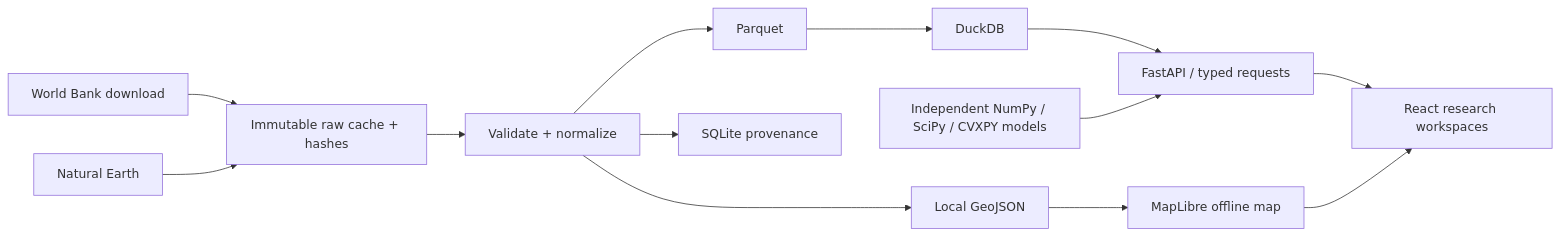
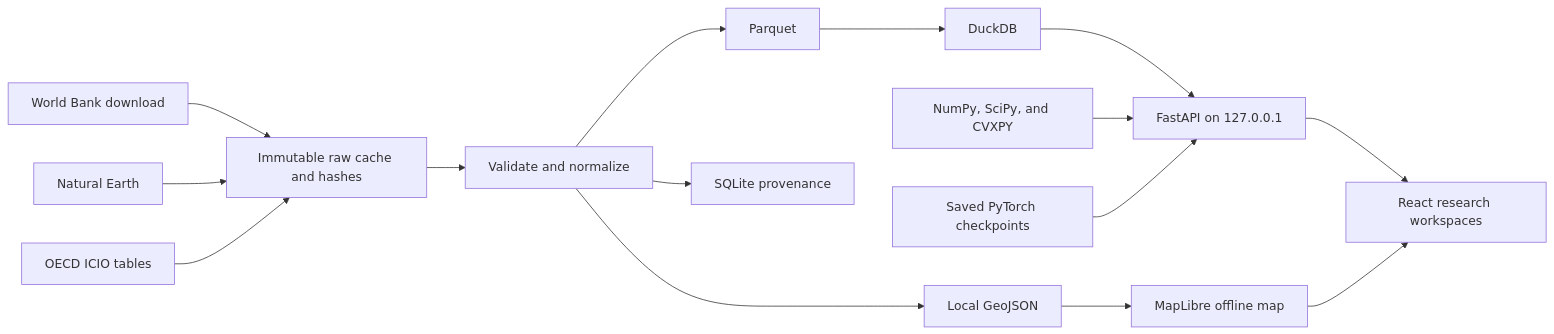
Before and after one commit to shmorsi/atlas: the diagram in README.md, drawn with Mermaid. The commit also changed other lines of this file and 92 other files, not shown here.

````diff
--- a/README.md
+++ b/README.md
@@ -98,15 +65,17 @@
 ```mermaid
 flowchart LR
- WB[World Bank download] --> RAW[Immutable raw cache + hashes]
- NE[Natural Earth] --> RAW
- RAW --> V[Validate + normalize]
- V --> PQ[Parquet]
- V --> GEO[Local GeoJSON]
- V --> SQL[SQLite provenance]
- PQ --> DB[DuckDB]
- DB --> API[FastAPI / typed requests]
- Q[Independent NumPy / SciPy / CVXPY models] --> API
- API --> UI[React research workspaces]
- GEO --> MAP[MapLibre offline map]
- MAP --> UI
+  WB[World Bank download] --> RAW[Immutable raw cache and hashes]
+  NE[Natural Earth] --> RAW
+  OECD[OECD ICIO tables] --> RAW
+  RAW --> V[Validate and normalize]
+  V --> PQ[Parquet]
+  V --> GEO[Local GeoJSON]
+  V --> SQL[SQLite provenance]
+  PQ --> DB[DuckDB]
+  DB --> API[FastAPI on 127.0.0.1]
+  Q[NumPy, SciPy, and CVXPY] --> API
+  PT[Saved PyTorch checkpoints] --> API
+  API --> UI[React research workspaces]
+  GEO --> MAP[MapLibre offline map]
+  MAP --> UI
 ```
````
